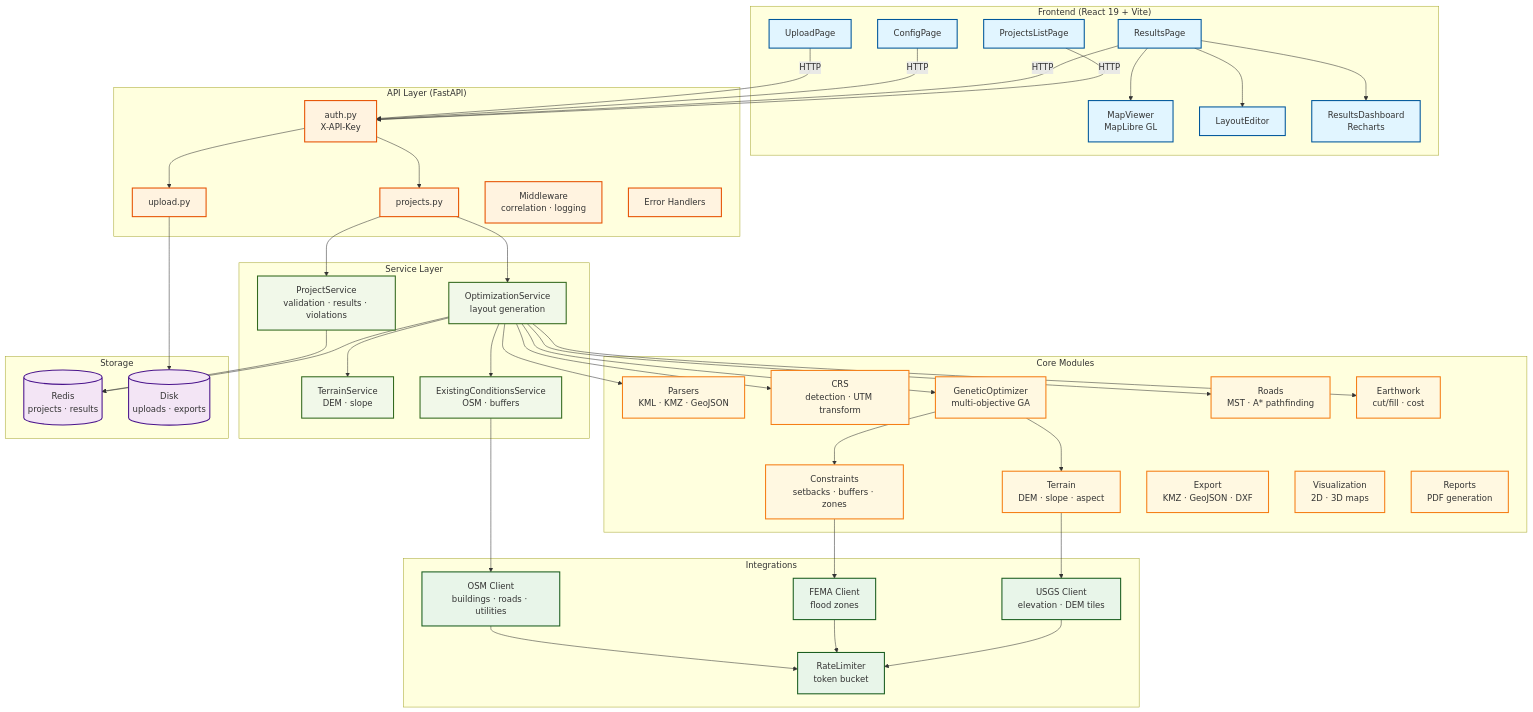
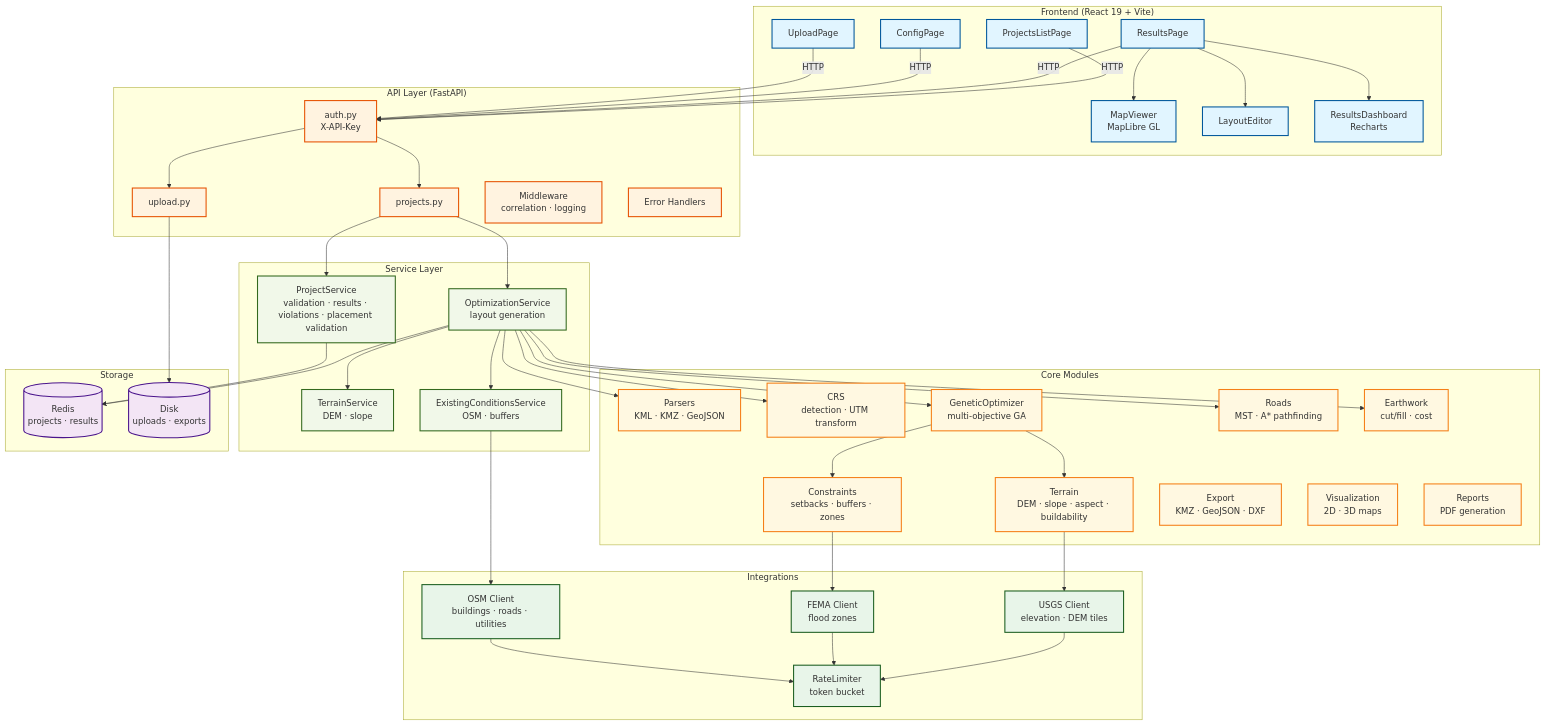
The diagram in architecture.md (Rhoahndur/Entmoot), drawn with Mermaid before and after one commit. The commit also changed other lines of this file and 1 other file, not shown here.

Commit message:
update readme and architecture

```diff
--- a/architecture.md
+++ b/architecture.md
@@ -377,7 +398,7 @@
     end
 
     subgraph "Service Layer"
-        ProjSvc[ProjectService<br/>validation · results · violations]
+        ProjSvc[ProjectService<br/>validation · results · violations · placement validation]
         OptSvc[OptimizationService<br/>layout generation]
         TerrSvc[TerrainService<br/>DEM · slope]
         ExCondSvc[ExistingConditionsService<br/>OSM · buffers]
@@ -386,7 +407,7 @@
     subgraph "Core Modules"
         Parsers[Parsers<br/>KML · KMZ · GeoJSON]
         CRS[CRS<br/>detection · UTM transform]
-        Terrain[Terrain<br/>DEM · slope · aspect]
+        Terrain[Terrain<br/>DEM · slope · aspect · buildability]
         Constraints[Constraints<br/>setbacks · buffers · zones]
         GA[GeneticOptimizer<br/>multi-objective GA]
         Roads[Roads<br/>MST · A* pathfinding]
```
